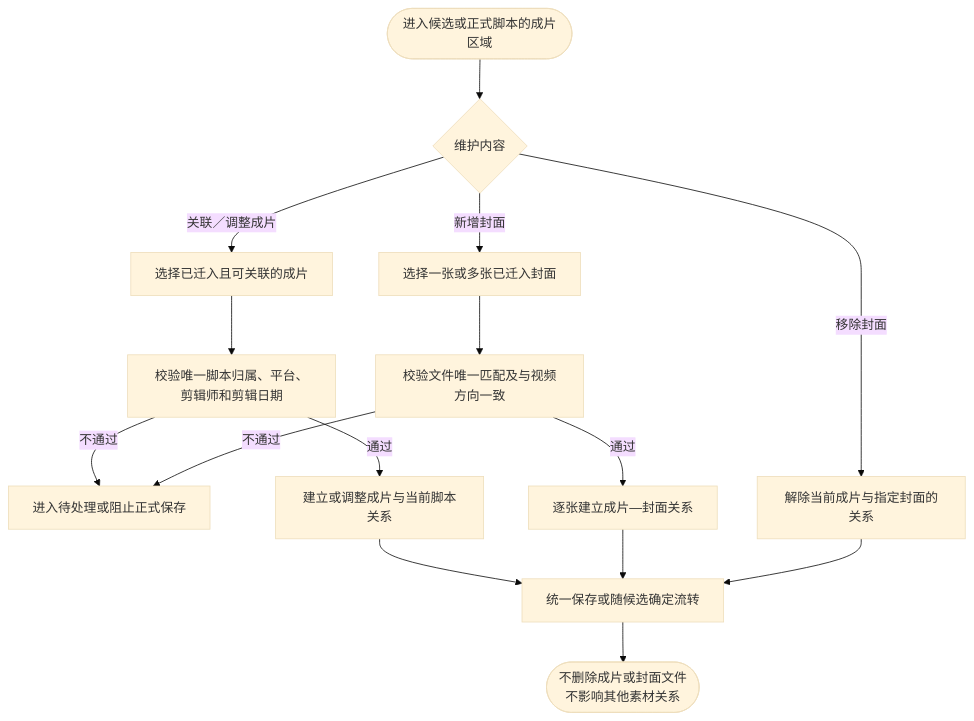
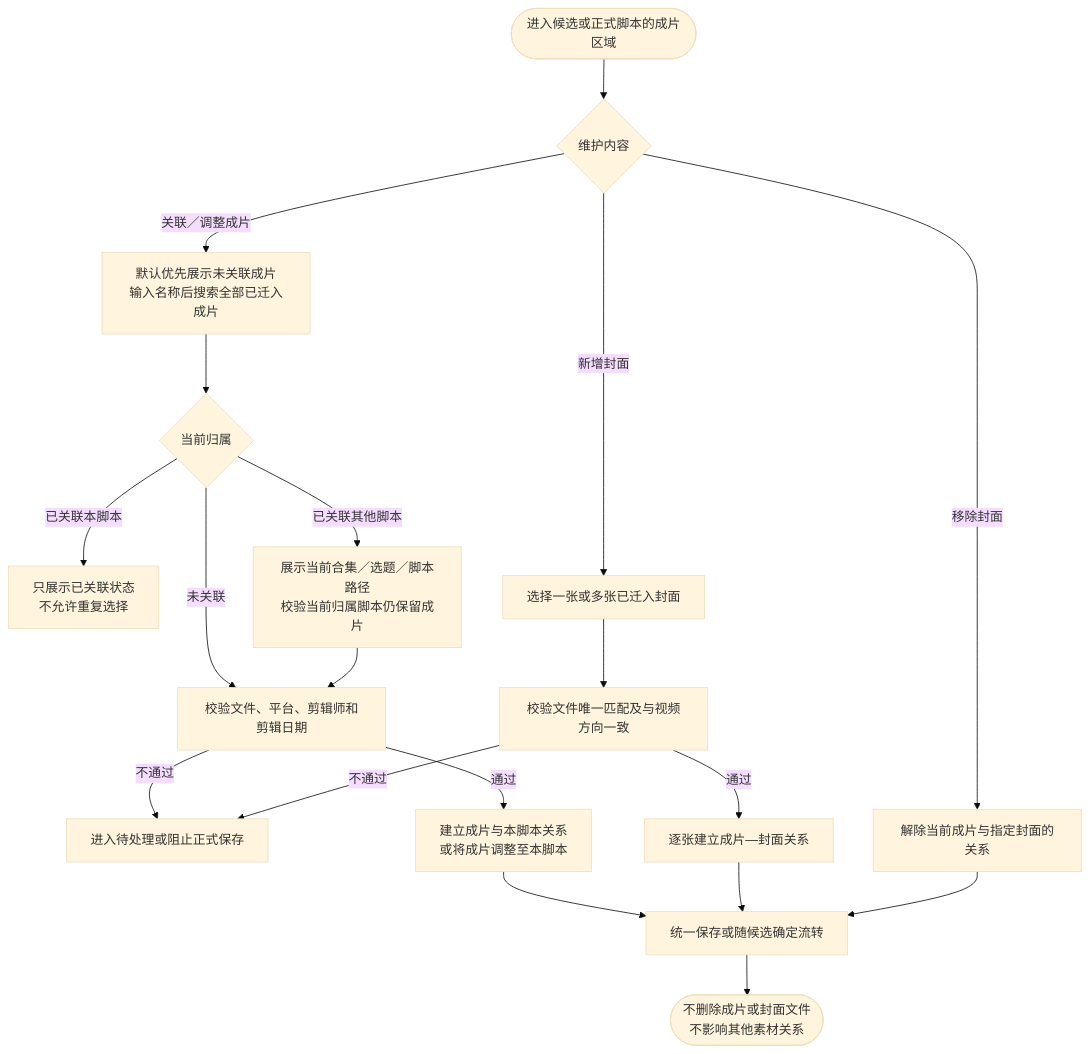
Before and after one commit to e3870732-droid/heshu-video-management-demo: the seventh of 15 diagrams in 素材库PRD_V113.6_公司模板版.md, drawn with Mermaid (base theme). The commit also changed other lines of this file, not shown here.

````diff
--- a/素材库PRD_V113.6_公司模板版.md
+++ b/素材库PRD_V113.6_公司模板版.md
@@ -367,17 +367,21 @@
 ```mermaid
 flowchart TD
     A([进入候选或正式脚本的成片区域]) --> B{维护内容}
-    B -->|关联／调整成片| C[选择已迁入且可关联的成片]
-    C --> D[校验唯一脚本归属、平台、剪辑师和剪辑日期]
+    B -->|关联／调整成片| C[默认优先展示未关联成片<br/>输入名称后搜索全部已迁入成片]
+    C --> C1{当前归属}
+    C1 -->|未关联| D[校验文件、平台、剪辑师和剪辑日期]
+    C1 -->|已关联本脚本| C2[只展示已关联状态<br/>不允许重复选择]
+    C1 -->|已关联其他脚本| C3[展示当前合集／选题／脚本路径<br/>校验当前归属脚本仍保留成片]
+    C3 --> D
     D -->|不通过| E[进入待处理或阻止正式保存]
-    D -->|通过| F[建立或调整成片与当前脚本关系]
+    D -->|通过| F[建立成片与本脚本关系<br/>或将成片调整至本脚本]
     B -->|新增封面| G[选择一张或多张已迁入封面]
     G --> H[校验文件唯一匹配及与视频方向一致]
     H -->|不通过| E
     H -->|通过| I[逐张建立成片—封面关系]
     B -->|移除封面| J[解除当前成片与指定封面的关系]
     F --> K[统一保存或随候选确定流转]
     I --> K
     J --> K
     K --> L([不删除成片或封面文件<br/>不影响其他素材关系])
 ```
````
